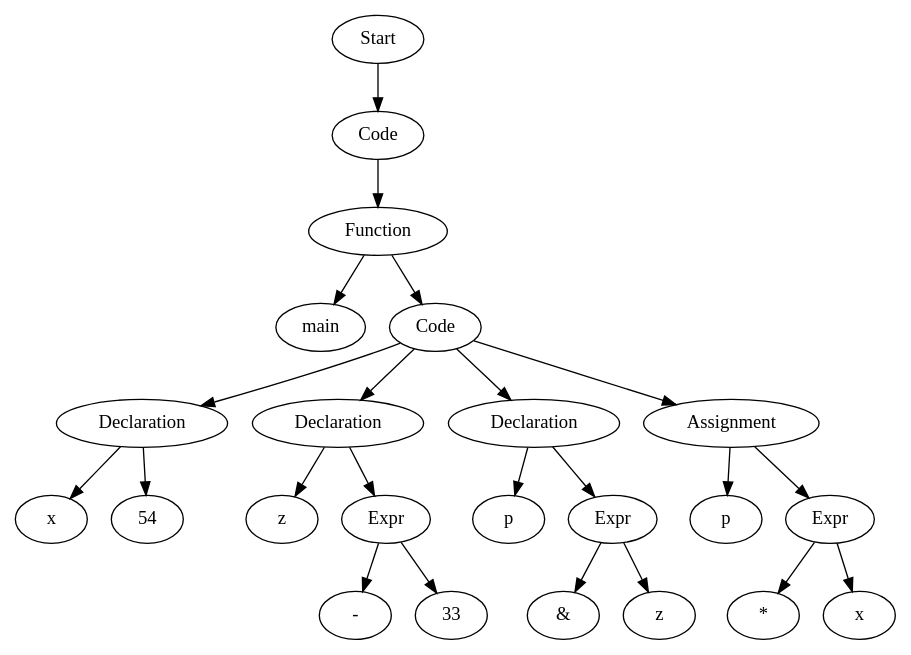
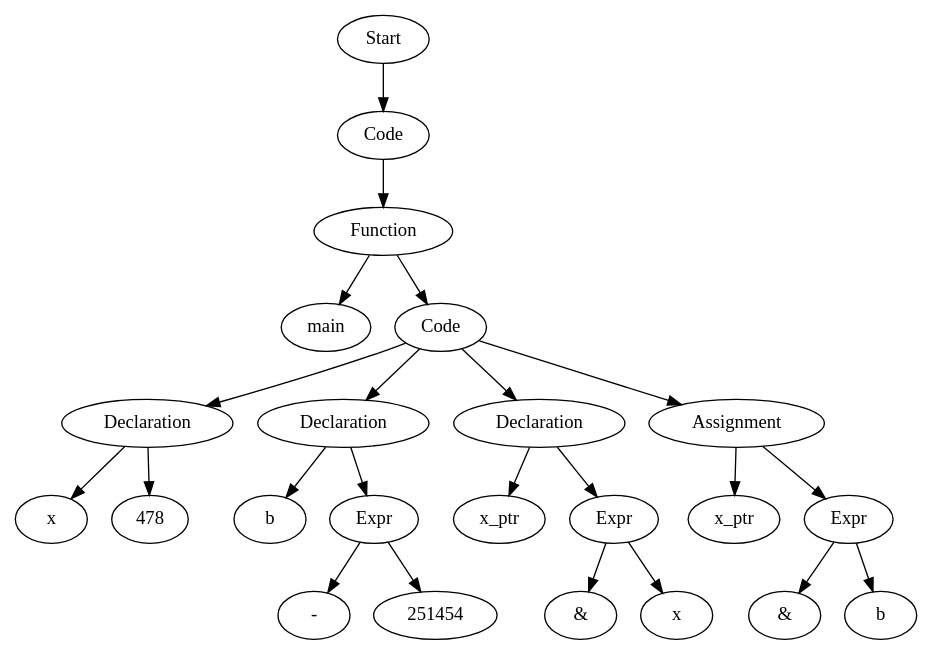
The diagram in src/TestFiles/ASTTests/SemanticErrorsTests/CreateTests/read_file_before.dot (Are-you-listening/Compilers), drawn with Graphviz before and after one commit. The commit also changed 65 other files, not shown here.

```diff
--- a/src/TestFiles/ASTTests/SemanticErrorsTests/CreateTests/read_file_before.dot
+++ b/src/TestFiles/ASTTests/SemanticErrorsTests/CreateTests/read_file_before.dot
@@ -1,47 +1,47 @@
 digraph AST {
-  "124896772286032" [label="Start"];
-  "124896772286032" -> "124896772285936";
-  "124896772285936" [label="Code"];
-  "124896772285936" -> "124896772284592";
-  "124896772284592" [label="Function"];
-  "124896772284592" -> "124896772282720";
-  "124896772284592" -> "124896772283728";
-  "124896772282720" [label="main"];
-  "124896772283728" [label="Code"];
-  "124896772283728" -> "124896772282864";
-  "124896772283728" -> "124896772285792";
-  "124896772283728" -> "124896772287376";
-  "124896772283728" -> "124896772288480";
-  "124896772282864" [label="Declaration"];
-  "124896772282864" -> "124896772280704";
-  "124896772282864" -> "124896772286272";
-  "124896772280704" [label="x"];
-  "124896772286272" [label="54"];
-  "124896772285792" [label="Declaration"];
-  "124896772285792" -> "124896772286992";
-  "124896772285792" -> "124896772287232";
-  "124896772286992" [label="z"];
-  "124896772287232" [label="Expr"];
-  "124896772287232" -> "124896772287328";
-  "124896772287232" -> "124896772287664";
-  "124896772287328" [label="-"];
-  "124896772287664" [label="33"];
-  "124896772287376" [label="Declaration"];
-  "124896772287376" -> "124896772287952";
-  "124896772287376" -> "124896772288336";
-  "124896772287952" [label="p"];
-  "124896772288336" [label="Expr"];
-  "124896772288336" -> "124896772288432";
-  "124896772288336" -> "124896772288768";
-  "124896772288432" [label="&"];
-  "124896772288768" [label="z"];
-  "124896772288480" [label="Assignment"];
-  "124896772288480" -> "124896772288864";
-  "124896772288480" -> "124896772289008";
-  "124896772288864" [label="p"];
-  "124896772289008" [label="Expr"];
-  "124896772289008" -> "124896772289104";
-  "124896772289008" -> "124896772289440";
-  "124896772289104" [label="*"];
-  "124896772289440" [label="x"];
+  "126744422423552" [label="Start"];
+  "126744422423552" -> "126744422424896";
+  "126744422424896" [label="Code"];
+  "126744422424896" -> "126744422424752";
+  "126744422424752" [label="Function"];
+  "126744422424752" -> "126744422422928";
+  "126744422424752" -> "126744422422112";
+  "126744422422928" [label="main"];
+  "126744422422112" [label="Code"];
+  "126744422422112" -> "126744422424800";
+  "126744422422112" -> "126744422422064";
+  "126744422422112" -> "126744422426288";
+  "126744422422112" -> "126744422427200";
+  "126744422424800" [label="Declaration"];
+  "126744422424800" -> "126744422420432";
+  "126744422424800" -> "126744422422016";
+  "126744422420432" [label="x"];
+  "126744422422016" [label="478"];
+  "126744422422064" [label="Declaration"];
+  "126744422422064" -> "126744422426000";
+  "126744422422064" -> "126744422426144";
+  "126744422426000" [label="b"];
+  "126744422426144" [label="Expr"];
+  "126744422426144" -> "126744422426240";
+  "126744422426144" -> "126744422426576";
+  "126744422426240" [label="-"];
+  "126744422426576" [label="251454"];
+  "126744422426288" [label="Declaration"];
+  "126744422426288" -> "126744422426864";
+  "126744422426288" -> "126744422427056";
+  "126744422426864" [label="x_ptr"];
+  "126744422427056" [label="Expr"];
+  "126744422427056" -> "126744422427152";
+  "126744422427056" -> "126744422427488";
+  "126744422427152" [label="&"];
+  "126744422427488" [label="x"];
+  "126744422427200" [label="Assignment"];
+  "126744422427200" -> "126744422427584";
+  "126744422427200" -> "126744422427728";
+  "126744422427584" [label="x_ptr"];
+  "126744422427728" [label="Expr"];
+  "126744422427728" -> "126744422427824";
+  "126744422427728" -> "126744422428160";
+  "126744422427824" [label="&"];
+  "126744422428160" [label="b"];
 }
```
